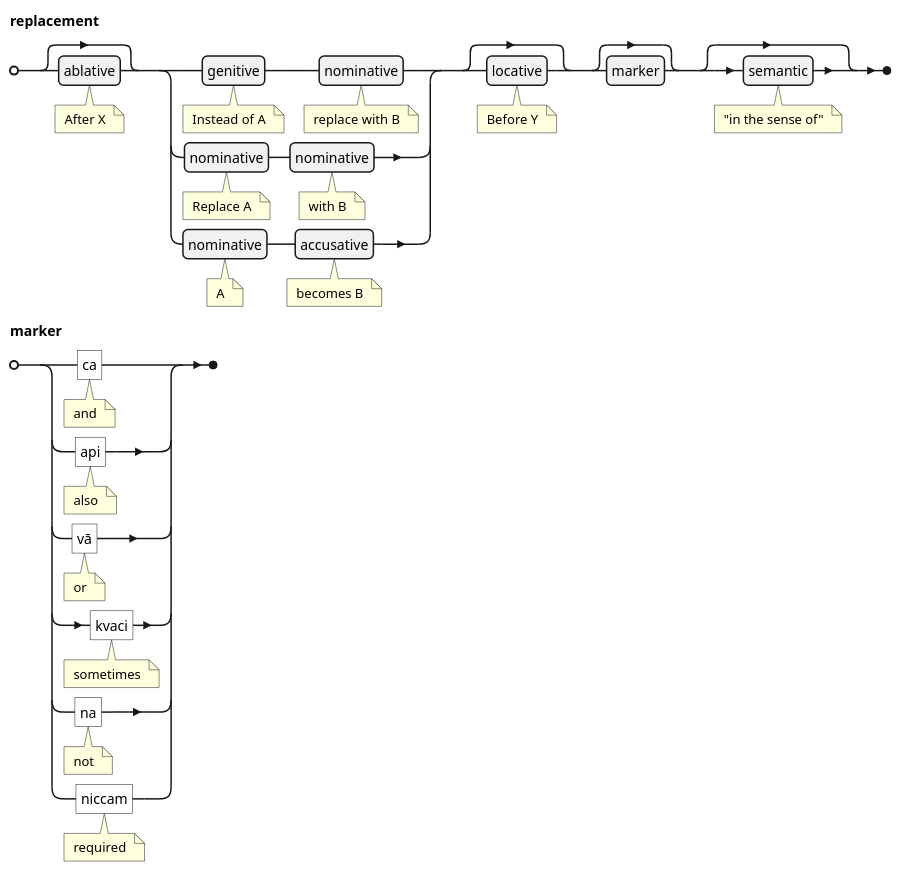
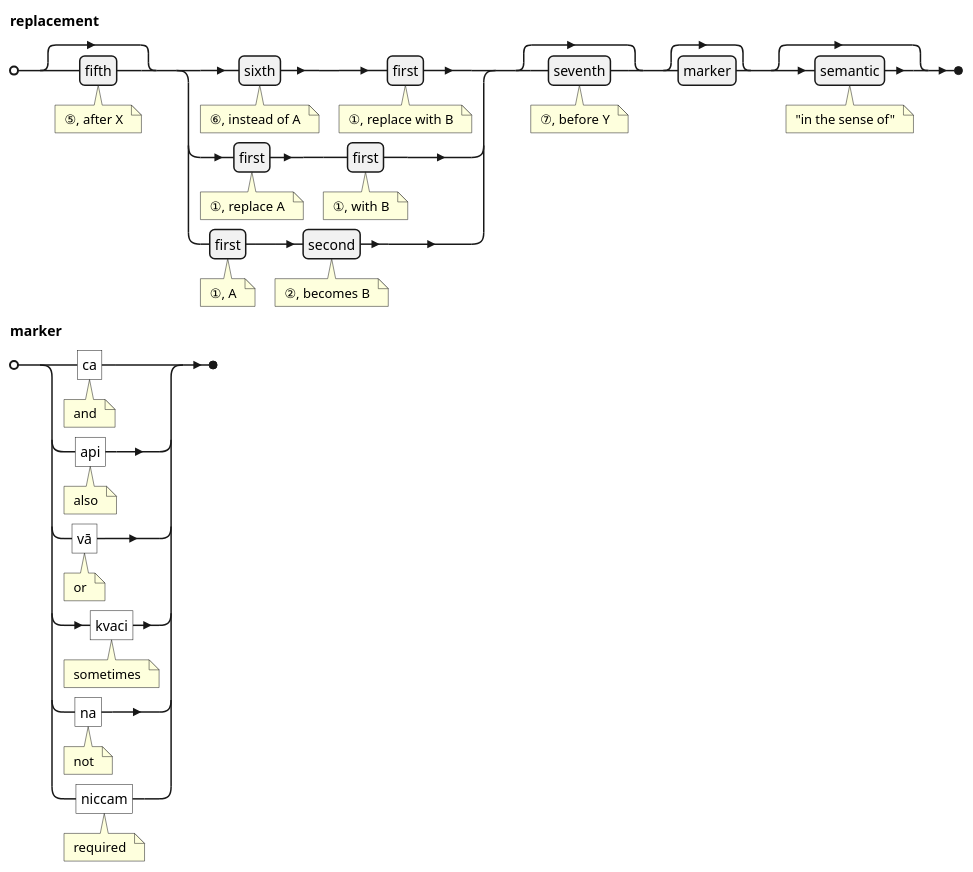
One commit to ChristineTham/buddhavacana changed the seventh of 11 diagrams in src/content/docs/Pali Textbook/m-kaccayana.md. Above: the diagram before and after it, drawn with PlantUML. The commit also changed other lines of this file and 52 other files, not shown here.

````diff
--- a/src/content/docs/Pali Textbook/m-kaccayana.md
+++ b/src/content/docs/Pali Textbook/m-kaccayana.md
@@ -194,27 +194,27 @@
 ```plantuml
 @startebnf
-replacement = [ablative (* After X *)],
+replacement = [fifth (* ⑤, after X *)],
   (
     (
-      genitive (* Instead of A *),
-      nominative (* replace with B *)
+      sixth (* ⑥, instead of A *),
+      first (* ①, replace with B *)
     ) |
     (
-      nominative (* Replace A *),
-      nominative (* with B *)
+      first (* ①, replace A *),
+      first (* ①, with B *)
     ) |
     (
-      nominative (* A *),
-      accusative (* becomes B *)
+      first (* ①, A *),
+      second (* ②, becomes B *)
     )
   ),
-  [locative (* Before Y *)], [marker], [semantic (* "in the sense of" *)];
+  [seventh (* ⑦, before Y *)], [marker], [semantic (* "in the sense of" *)];
 marker =
   "ca" (* and *) |
   "api" (* also *) |
   "vā" (* or *) |
   "kvaci" (* sometimes *) |
   "na" (* not *) |
   "niccam" (* required *) ;
 @endebnf
 ```
````
